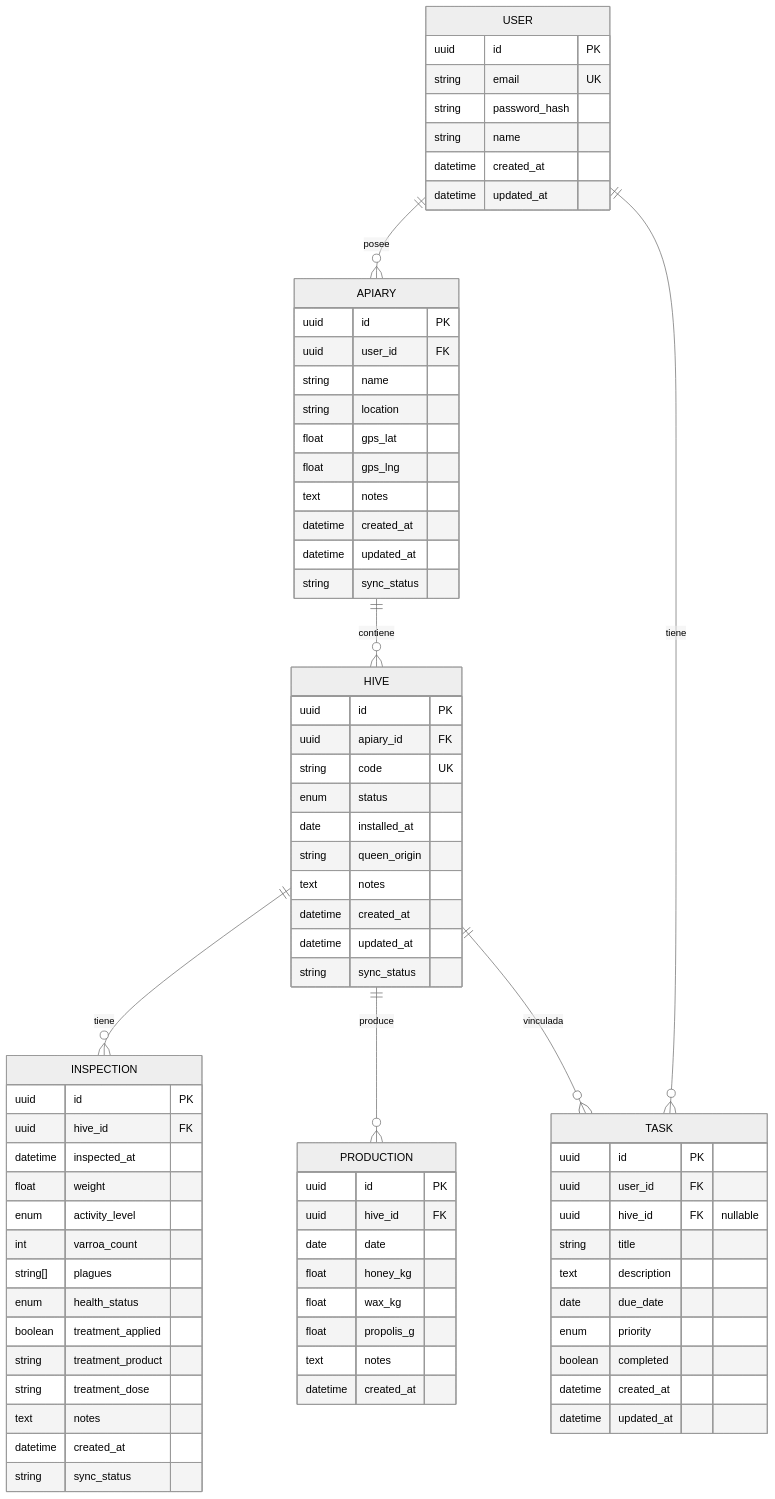
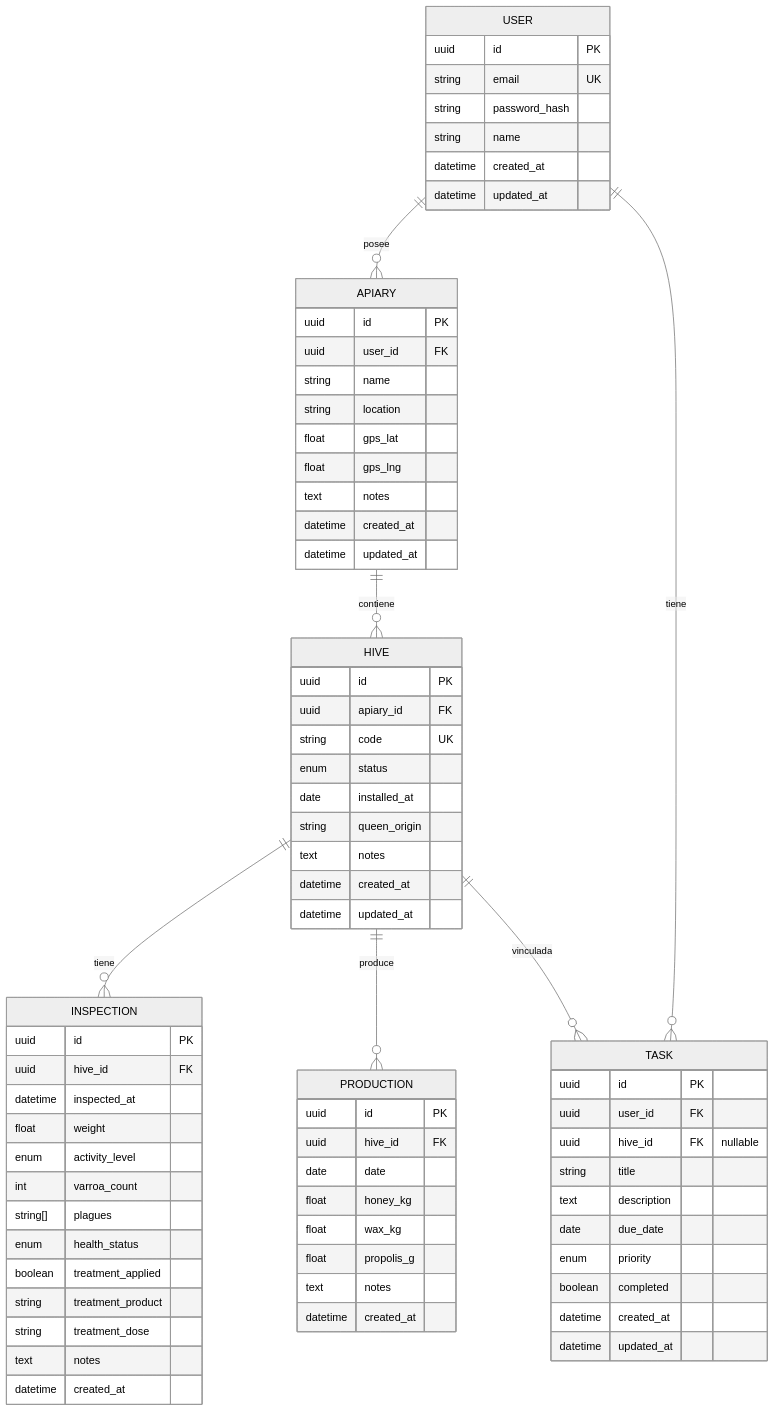
One commit to CarlosSJM/COLMENAPP changed the third of 3 diagrams in README.md. Above: the diagram before and after it, drawn with Mermaid (neutral theme). The commit also changed other lines of this file and 4 other files, not shown here.

```diff
--- a/README.md
+++ b/README.md
@@ -403,7 +413,6 @@
         text notes
         datetime created_at
         datetime updated_at
-        string sync_status
     }
 
     HIVE {
@@ -416,7 +425,6 @@
         text notes
         datetime created_at
         datetime updated_at
-        string sync_status
     }
 
     INSPECTION {
@@ -433,7 +441,6 @@
         string treatment_dose
         text notes
         datetime created_at
-        string sync_status
     }
 
     PRODUCTION {
```
